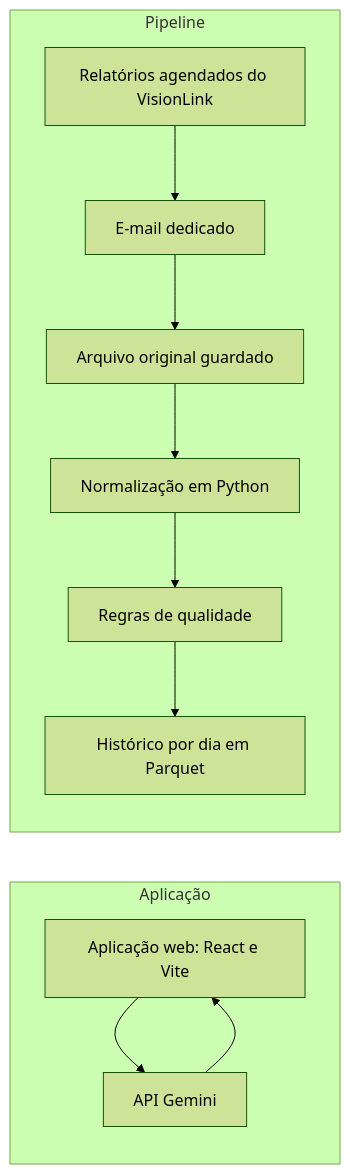
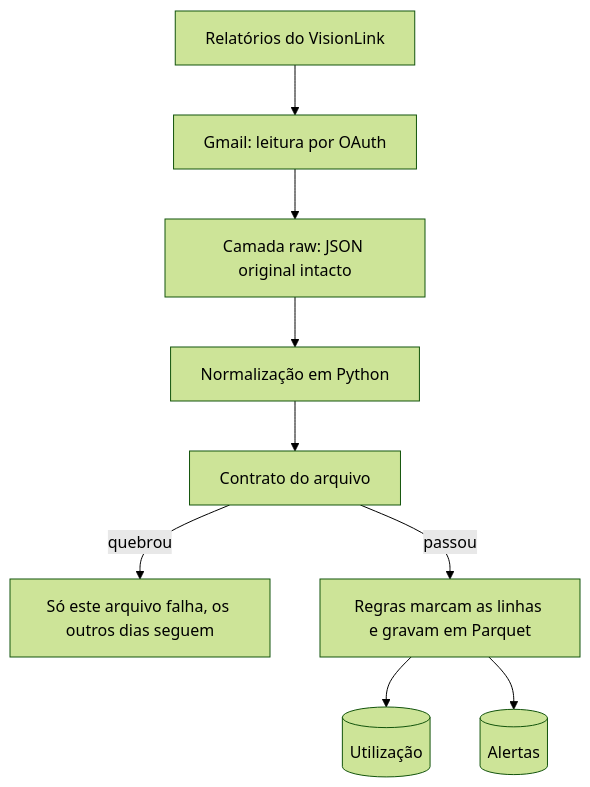
The diagram in src/content/projetos/telemetria-de-frota.md (GabrielFDA7/GabrielFDA7.github.io), drawn with Mermaid (forest theme) before and after one commit. The commit also changed other lines of this file and 12 other files, not shown here.

````diff
--- a/src/content/projetos/telemetria-de-frota.md
+++ b/src/content/projetos/telemetria-de-frota.md
@@ -35,19 +35,13 @@
 ```mermaid
 flowchart TD
-  accTitle: Arquitetura do painel de telemetria
-  accDescr: Relatórios agendados do VisionLink chegam a um e-mail dedicado. O pipeline em Python guarda o arquivo original, normaliza, valida e grava um histórico por dia. Em separado, a aplicação web consulta a API do Gemini e mostra os insights.
-  subgraph Pipeline
-    direction TB
-    V[Relatórios agendados do VisionLink] --> E[E-mail dedicado]
-    E --> O[Arquivo original guardado]
-    O --> N[Normalização em Python]
-    N --> Q[Regras de qualidade]
-    Q --> H[Histórico por dia em Parquet]
-  end
-  subgraph Aplicacao [Aplicação]
-    direction TB
-    W[Aplicação web: React e Vite] --> G[API Gemini]
-    G --> W
-  end
-  Pipeline ~~~ Aplicacao
+  accTitle: Pipeline de telemetria
+  accDescr: Os relatórios agendados do VisionLink chegam ao Gmail, e o JSON original é guardado sem alteração. Todo dia, o pipeline em Python normaliza cada arquivo e confere o contrato. Se o contrato quebra, aquele arquivo falha e os outros dias seguem. Se passa, as regras de qualidade marcam as linhas suspeitas e os dados são gravados em duas tabelas Parquet, uma por dia: utilização diária e alertas.
+  V[Relatórios do VisionLink] --> E[Gmail: leitura por OAuth]
+  E --> R[Camada raw: JSON original intacto]
+  R --> N[Normalização em Python]
+  N --> Q[Contrato do arquivo]
+  Q -->|quebrou| F[Só este arquivo falha, os outros dias seguem]
+  Q -->|passou| L[Regras marcam as linhas e gravam em Parquet]
+  L --> U[(Utilização)]
+  L --> A[(Alertas)]
 ```
````
